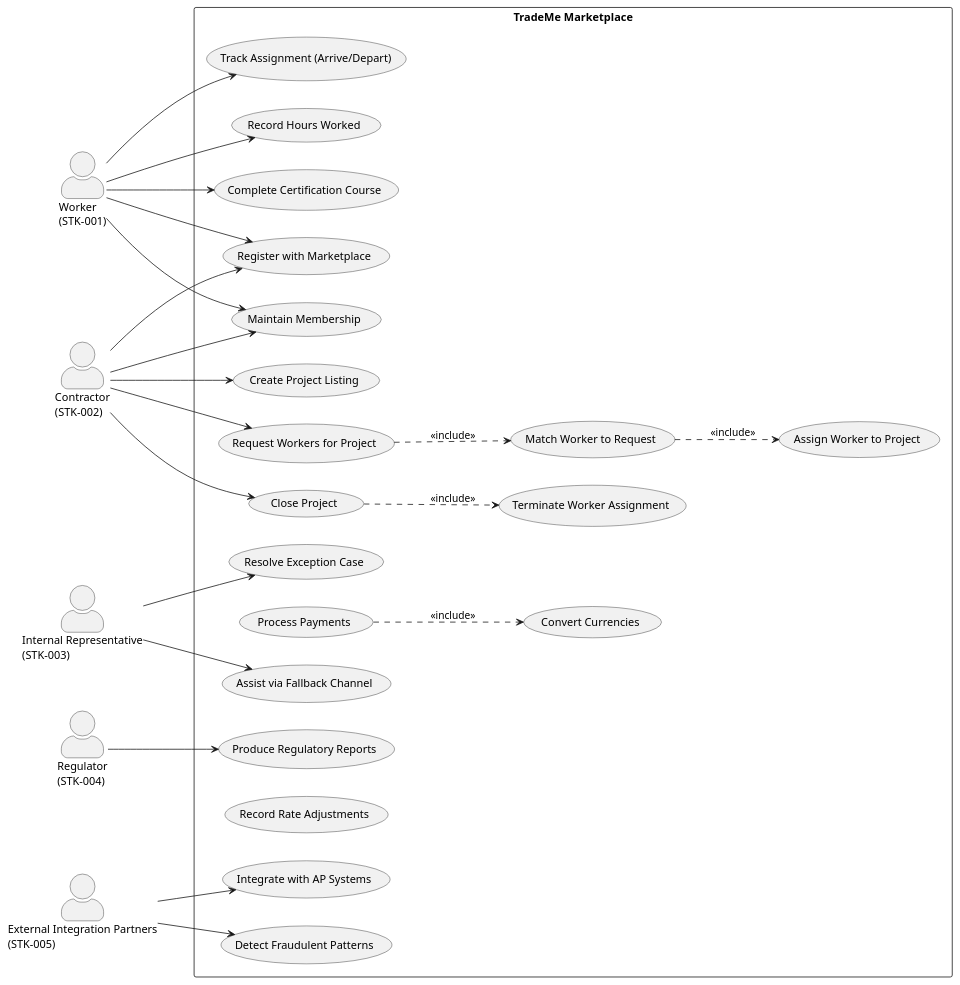
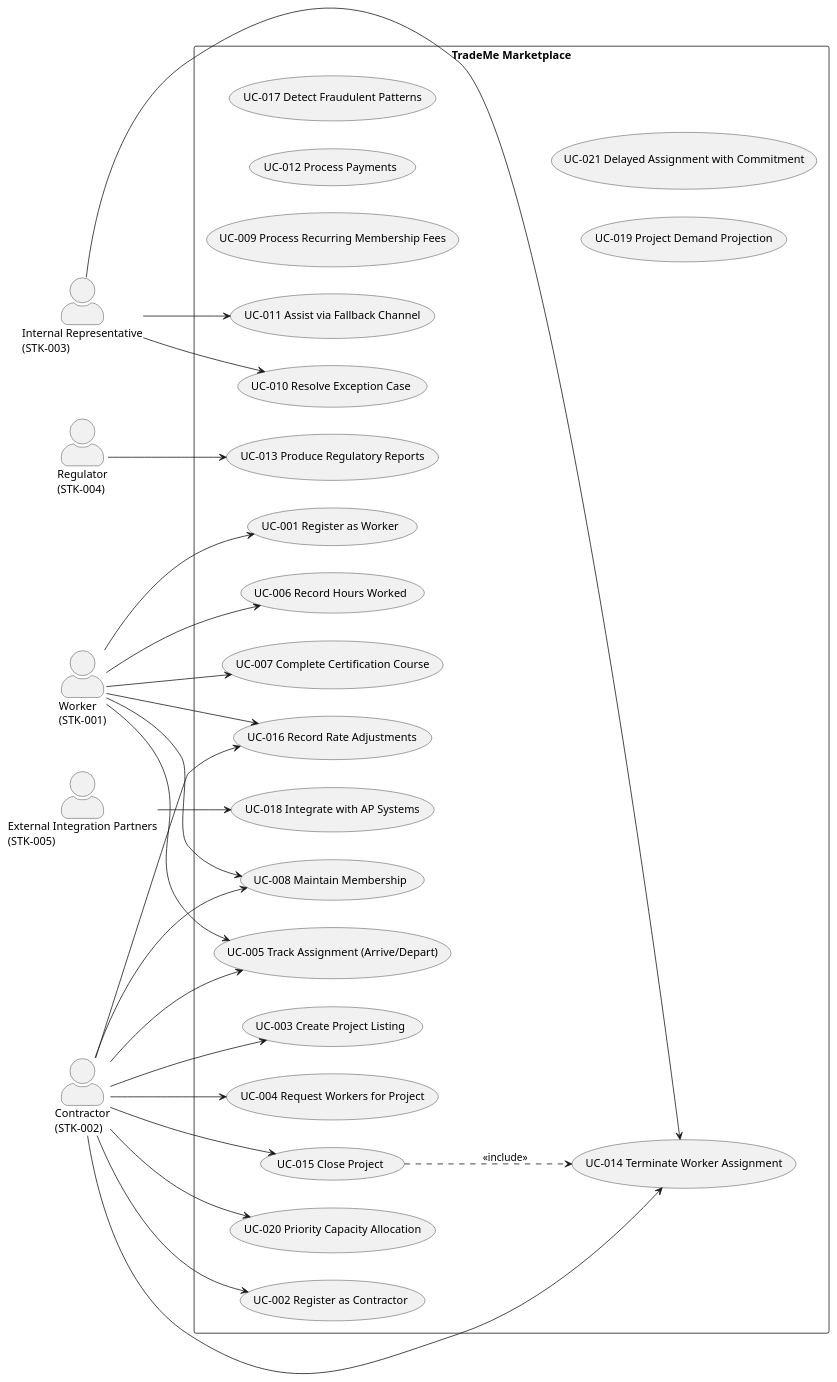
Before and after one commit to banense-test/trademe: the diagram in docs/artifacts/requirements/vision.md, drawn with PlantUML. The commit also changed other lines of this file, not shown here.

Commit message:
System Analyst [I1]: upsert Vision
[skip ci]

````diff
--- a/docs/artifacts/requirements/vision.md
+++ b/docs/artifacts/requirements/vision.md
@@ -60,56 +59,60 @@
 ```plantuml
 @startuml
 left to right direction
 skinparam packageStyle rectangle
 skinparam actorStyle awesome
 
 actor "Worker\n(STK-001)" as Worker
 actor "Contractor\n(STK-002)" as Contractor
 actor "Internal Representative\n(STK-003)" as Rep
 actor "Regulator\n(STK-004)" as Regulator
 actor "External Integration Partners\n(STK-005)" as Ext
 
 rectangle "TradeMe Marketplace" {
-  usecase "Register with Marketplace" as UC1
-  usecase "Create Project Listing" as UC3
-  usecase "Request Workers for Project" as UC4
-  usecase "Track Assignment (Arrive/Depart)" as UC5
-  usecase "Record Hours Worked" as UC6
-  usecase "Complete Certification Course" as UC8
-  usecase "Maintain Membership" as UC10
-  usecase "Resolve Exception Case" as UC12
-  usecase "Assist via Fallback Channel" as UC13
-  usecase "Process Payments" as UC14
-  usecase "Produce Regulatory Reports" as UC15
-  usecase "Match Worker to Request" as UC18
-  usecase "Assign Worker to Project" as UC19
-  usecase "Terminate Worker Assignment" as UC20
-  usecase "Close Project" as UC21
-  usecase "Convert Currencies" as UC22
-  usecase "Record Rate Adjustments" as UC23
-  usecase "Integrate with AP Systems" as UC17
-  usecase "Detect Fraudulent Patterns" as UC16
+  usecase "UC-001 Register as Worker" as UC1
+  usecase "UC-002 Register as Contractor" as UC2
+  usecase "UC-003 Create Project Listing" as UC3
+  usecase "UC-004 Request Workers for Project" as UC4
+  usecase "UC-005 Track Assignment (Arrive/Depart)" as UC5
+  usecase "UC-006 Record Hours Worked" as UC6
+  usecase "UC-007 Complete Certification Course" as UC7
+  usecase "UC-008 Maintain Membership" as UC8
+  usecase "UC-009 Process Recurring Membership Fees" as UC9
+  usecase "UC-010 Resolve Exception Case" as UC10
+  usecase "UC-011 Assist via Fallback Channel" as UC11
+  usecase "UC-012 Process Payments" as UC12
+  usecase "UC-013 Produce Regulatory Reports" as UC13
+  usecase "UC-014 Terminate Worker Assignment" as UC14
+  usecase "UC-015 Close Project" as UC15
+  usecase "UC-016 Record Rate Adjustments" as UC16
+  usecase "UC-017 Detect Fraudulent Patterns" as UC17
+  usecase "UC-018 Integrate with AP Systems" as UC18
+  usecase "UC-019 Project Demand Projection" as UC19
+  usecase "UC-020 Priority Capacity Allocation" as UC20
+  usecase "UC-021 Delayed Assignment with Commitment" as UC21
 }
 
 Worker --> UC1
 Worker --> UC5
 Worker --> UC6
+Worker --> UC7
 Worker --> UC8
-Worker --> UC10
-Contractor --> UC1
+Worker --> UC16
+Contractor --> UC2
 Contractor --> UC3
 Contractor --> UC4
-Contractor --> UC10
-Contractor --> UC21
-Rep --> UC12
-Rep --> UC13
-Regulator --> UC15
-Ext --> UC17
-Ext --> UC16
+Contractor --> UC5
+Contractor --> UC8
+Contractor --> UC14
+Contractor --> UC15
+Contractor --> UC16
+Contractor --> UC20
+Rep --> UC10
+Rep --> UC11
+Rep --> UC14
+Regulator --> UC13
+Ext --> UC18
 
-UC4 ..> UC18 : <<include>>
-UC18 ..> UC19 : <<include>>
-UC21 ..> UC20 : <<include>>
-UC14 ..> UC22 : <<include>>
+UC15 ..> UC14 : <<include>>
 @enduml
 ```
````
